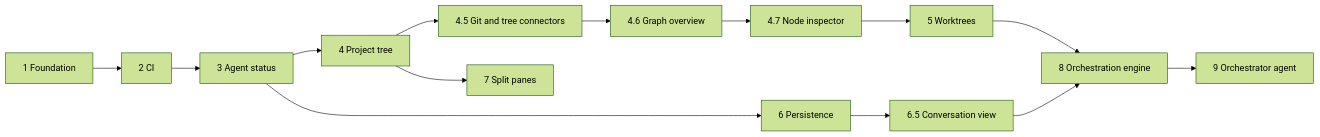
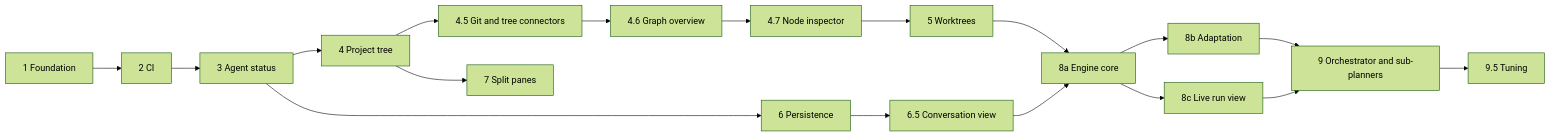
The diagram in docs/ROADMAP.md (danielpina1/anthrex), drawn with Mermaid (forest theme) before and after one commit. The commit also changed other lines of this file and 6 other files, not shown here.

````diff
--- a/docs/ROADMAP.md
+++ b/docs/ROADMAP.md
@@ -47,16 +53,20 @@
 ```mermaid
 flowchart LR
   M1[1 Foundation] --> M2[2 CI]
   M2 --> M3[3 Agent status]
   M3 --> M4[4 Project tree]
   M4 --> M45[4.5 Git and tree connectors]
   M45 --> M46[4.6 Graph overview]
   M46 --> M47[4.7 Node inspector]
   M47 --> M5[5 Worktrees]
   M3 --> M6[6 Persistence]
   M4 --> M7[7 Split panes]
-  M5 --> M8[8 Orchestration engine]
+  M5 --> M8a[8a Engine core]
   M6 --> M65[6.5 Conversation view]
-  M65 --> M8
-  M8 --> M9[9 Orchestrator agent]
+  M65 --> M8a
+  M8a --> M8b[8b Adaptation]
+  M8a --> M8c[8c Live run view]
+  M8b --> M9[9 Orchestrator and sub-planners]
+  M8c --> M9
+  M9 --> M95[9.5 Tuning]
 ```
````
